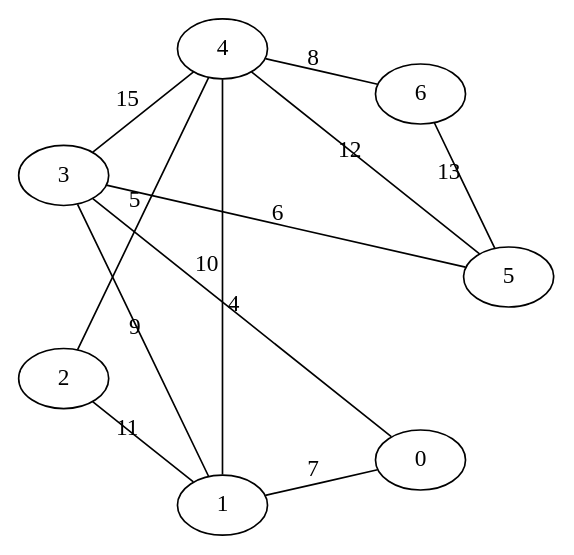
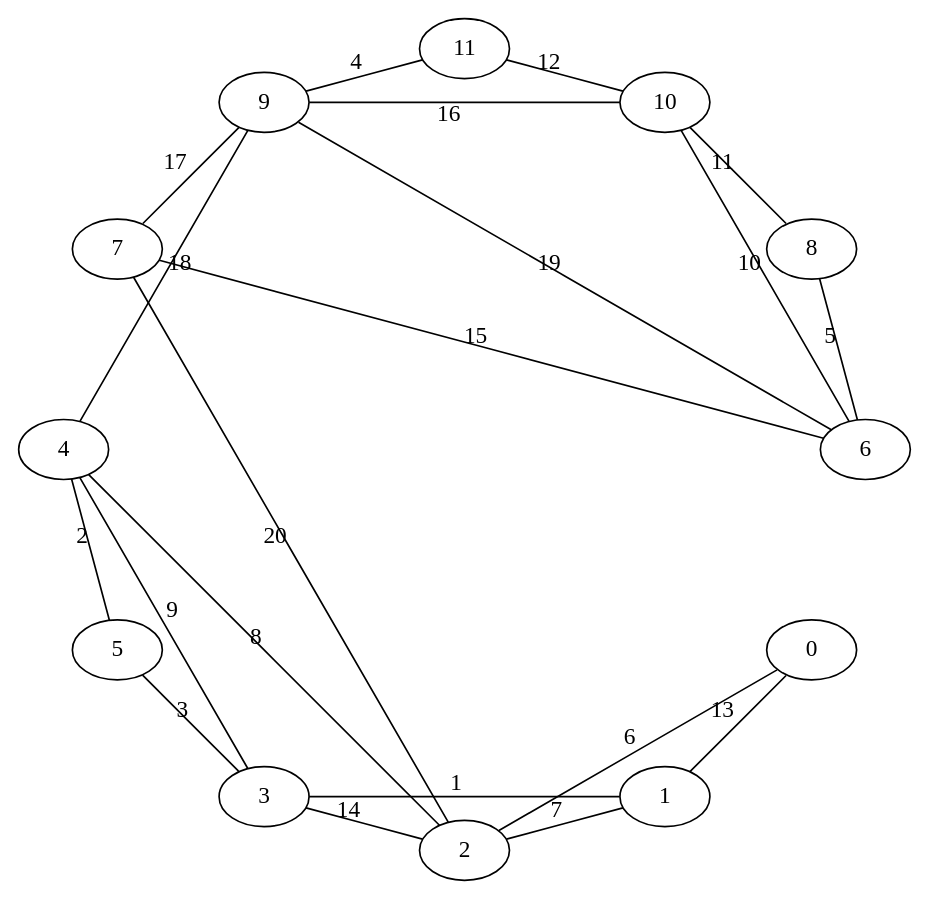
The diagram in graph.dot (colbylarue/boruvka), drawn with Graphviz before and after one commit. The commit also changed 4 other files, not shown here.

First line of the commit message:
Graphviz feature (#8)

```diff
--- a/graph.dot
+++ b/graph.dot
@@ -1,23 +1,37 @@
 graph "Example Graph" {
 graph [
   layout=circo;
 ];
 "0";
 "1";
 "2";
 "3";
 "4";
 "5";
 "6";
-"0" -- "1"  [ label="7", weight="7" ]
-"0" -- "3"  [ label="4", weight="4" ]
-"1" -- "2"  [ label="11", weight="11" ]
-"1" -- "3"  [ label="9", weight="9" ]
-"1" -- "4"  [ label="10", weight="10" ]
-"2" -- "4"  [ label="5", weight="5" ]
-"3" -- "4"  [ label="15", weight="15" ]
-"3" -- "5"  [ label="6", weight="6" ]
-"4" -- "5"  [ label="12", weight="12" ]
-"4" -- "6"  [ label="8", weight="8" ]
-"5" -- "6"  [ label="13", weight="13" ]
+"7";
+"8";
+"9";
+"10";
+"11";
+"0" -- "1"  [ label="13", weight="13" ]
+"0" -- "2"  [ label="6", weight="6" ]
+"1" -- "2"  [ label="7", weight="7" ]
+"1" -- "3"  [ label="1", weight="1" ]
+"2" -- "3"  [ label="14", weight="14" ]
+"2" -- "4"  [ label="8", weight="8" ]
+"3" -- "4"  [ label="9", weight="9" ]
+"3" -- "5"  [ label="3", weight="3" ]
+"4" -- "5"  [ label="2", weight="2" ]
+"2" -- "7"  [ label="20", weight="20" ]
+"4" -- "9"  [ label="18", weight="18" ]
+"6" -- "7"  [ label="15", weight="15" ]
+"6" -- "8"  [ label="5", weight="5" ]
+"6" -- "9"  [ label="19", weight="19" ]
+"6" -- "10"  [ label="10", weight="10" ]
+"7" -- "9"  [ label="17", weight="17" ]
+"8" -- "10"  [ label="11", weight="11" ]
+"9" -- "10"  [ label="16", weight="16" ]
+"9" -- "11"  [ label="4", weight="4" ]
+"10" -- "11"  [ label="12", weight="12" ]
 }
```
